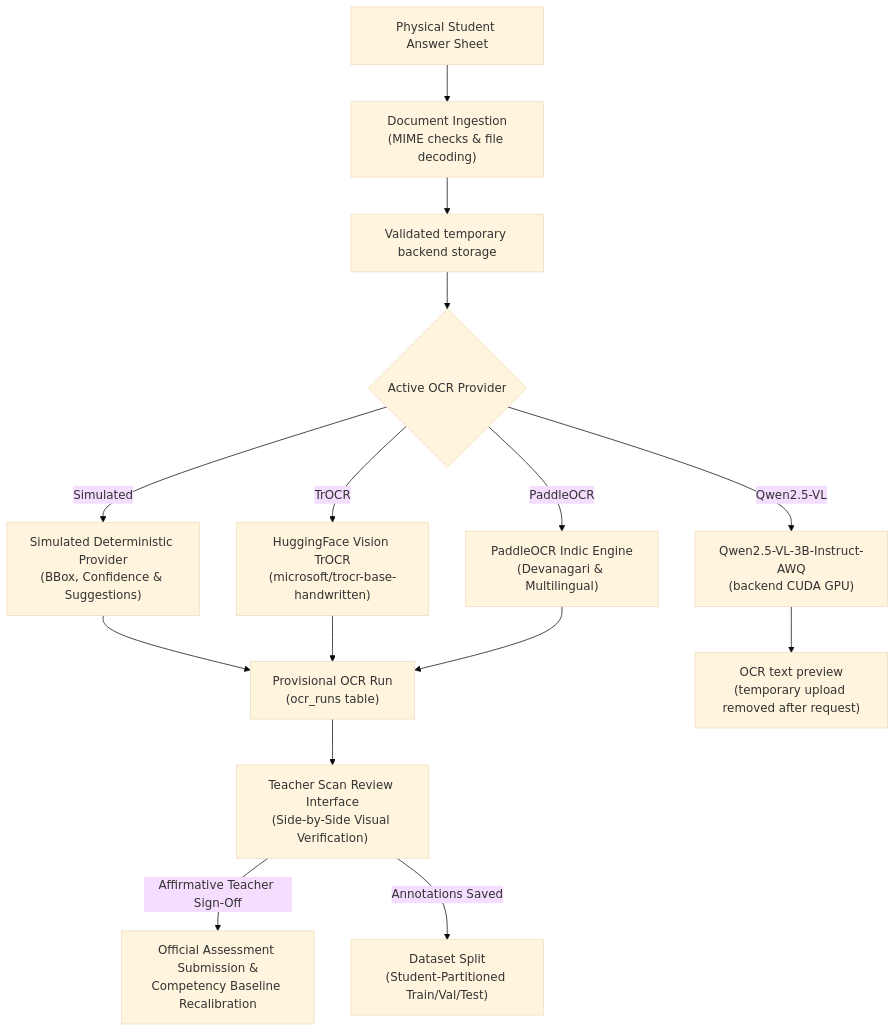
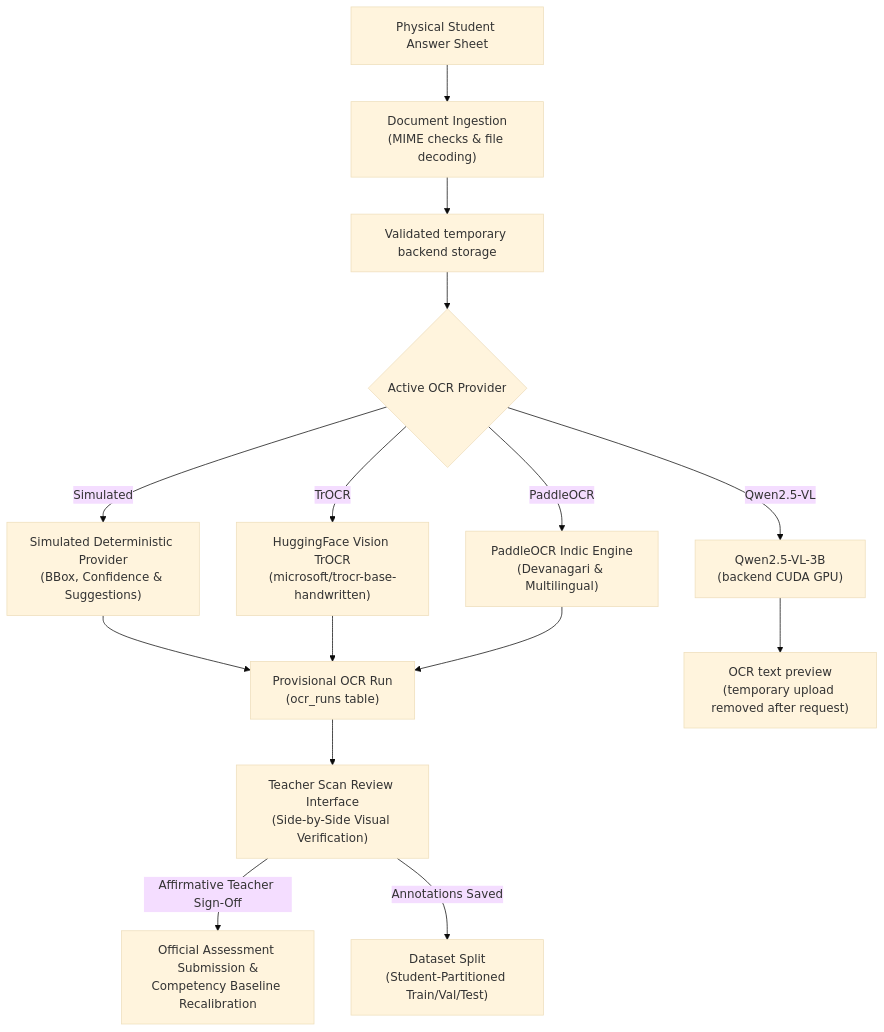
Before and after one commit to kvr-leofelix/LumenEIOS_alpha: the diagram in docs/ocr-pipeline.md, drawn with Mermaid (base theme). The commit also changed other lines of this file and 8 other files, not shown here.

````diff
--- a/docs/ocr-pipeline.md
+++ b/docs/ocr-pipeline.md
@@ -10,19 +10,19 @@
 ```mermaid
 flowchart TD
     Scan["Physical Student Answer Sheet"] --> Upload["Document Ingestion<br/>(MIME checks & file decoding)"]
     Upload --> SecureStorage["Validated temporary backend storage"]
     SecureStorage --> ProviderDispatcher{"Active OCR Provider"}
     ProviderDispatcher -->|Simulated| SimProvider["Simulated Deterministic Provider<br/>(BBox, Confidence & Suggestions)"]
     ProviderDispatcher -->|TrOCR| TrOCRProvider["HuggingFace Vision TrOCR<br/>(microsoft/trocr-base-handwritten)"]
     ProviderDispatcher -->|PaddleOCR| PaddleProvider["PaddleOCR Indic Engine<br/>(Devanagari & Multilingual)"]
-    ProviderDispatcher -->|Qwen2.5-VL| QwenProvider["Qwen2.5-VL-3B-Instruct-AWQ<br/>(backend CUDA GPU)"]
+    ProviderDispatcher -->|Qwen2.5-VL| QwenProvider["Qwen2.5-VL-3B<br/>(backend CUDA GPU)"]
     
     SimProvider --> ProvisionalRun["Provisional OCR Run<br/>(ocr_runs table)"]
     TrOCRProvider --> ProvisionalRun
     PaddleProvider --> ProvisionalRun
     QwenProvider --> Preview["OCR text preview<br/>(temporary upload removed after request)"]
     
     ProvisionalRun --> TeacherReview["Teacher Scan Review Interface<br/>(Side-by-Side Visual Verification)"]
     TeacherReview -->|Affirmative Teacher Sign-Off| GradeEntry["Official Assessment Submission &<br/>Competency Baseline Recalibration"]
     TeacherReview -->|Annotations Saved| GroundTruth["Dataset Split<br/>(Student-Partitioned Train/Val/Test)"]
 ```
````
